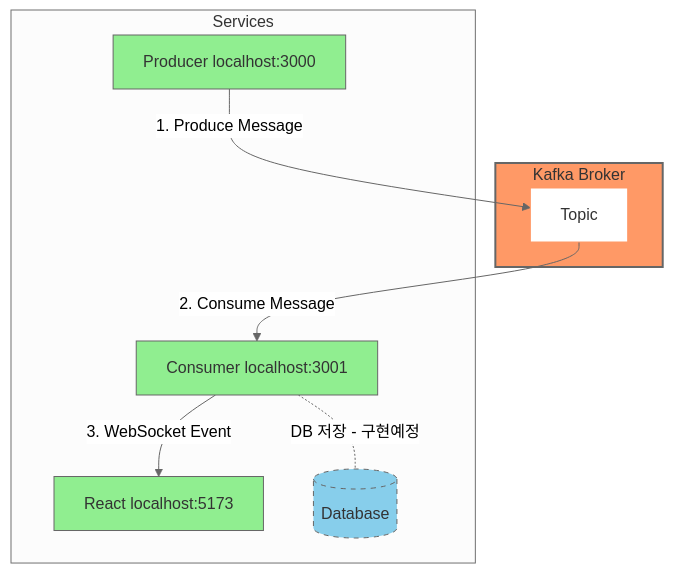
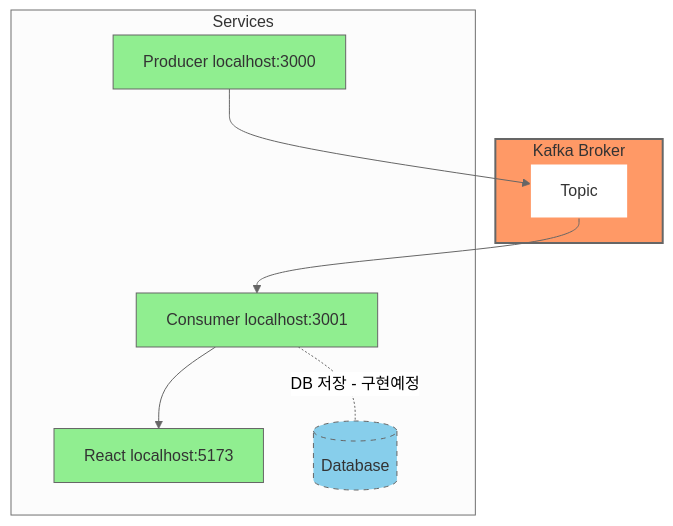
The diagram in _posts/backend/kafka/basic/2025-02-03-kafka-socket.md (scorchedrice/scorchedrice.github.io), drawn with Mermaid (neutral theme) before and after one commit.

Commit message:
fix : kafka-websocket

````diff
--- a/_posts/backend/kafka/basic/2025-02-03-kafka-socket.md
+++ b/_posts/backend/kafka/basic/2025-02-03-kafka-socket.md
@@ -160,32 +160,32 @@
 ```mermaid
 flowchart TD
   subgraph Kafka[Kafka Broker]
     topic[Topic]
   end
 
   subgraph Services
     producer[Producer localhost:3000]
     consumer[Consumer localhost:3001]
     frontend[React localhost:5173]
     db[(Database)]
   end
 
 %% Current data flow
-  producer -->|1. Produce Message| topic
-  topic -->|2. Consume Message| consumer
-  consumer -->|3. WebSocket Event| frontend
+  producer --> topic
+  topic --> consumer
+  consumer --> frontend
 
 %% Future DB implementation
   consumer -.-|DB 저장 - 구현예정|db
 
 %% Styling with universal colors
   classDef kafkaStyle fill:#ff9966,stroke:#666,stroke-width:2px,color:#333
   classDef serviceStyle fill:#90EE90,stroke:#666,color:#333
   classDef topicStyle fill:#FFF,stroke:#ff9966,color:#333
   classDef dbStyle fill:#87CEEB,stroke:#666,stroke-dasharray: 5 5,color:#333
 
   class Kafka kafkaStyle
   class producer,consumer,frontend serviceStyle
   class topic topicStyle
   class db dbStyle
 ```
````
